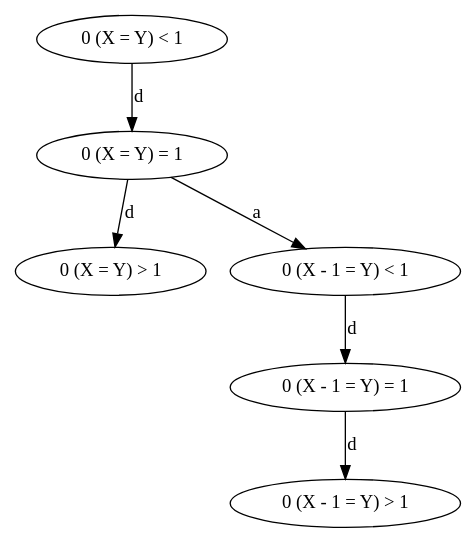
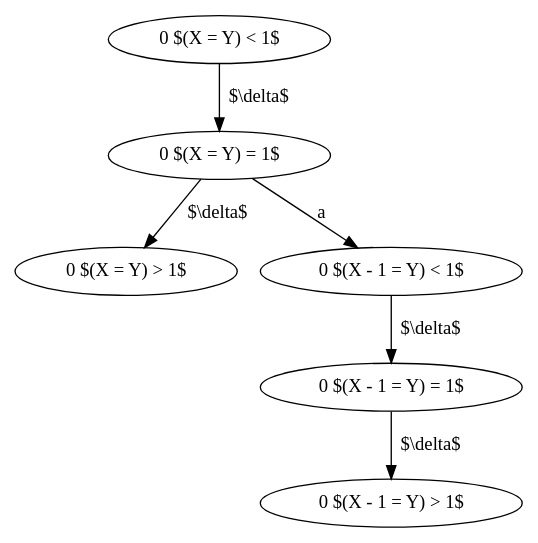
The diagram in thesis/breaking2-zones02.dot (sguha100/bachelor-thesis), drawn with Graphviz before and after one commit. The commit also changed 6 other files, not shown here.

Commit message:
Fixed some issues with SVG graphics.

```diff
--- a/thesis/breaking2-zones02.dot
+++ b/thesis/breaking2-zones02.dot
@@ -1,13 +1,13 @@
 digraph {
-"0 (X = Y) < 1";
-"0 (X = Y) = 1";
-"0 (X = Y) > 1";
-"0 (X - 1 = Y) < 1";
-"0 (X - 1 = Y) = 1";
-"0 (X - 1 = Y) > 1";
-"0 (X = Y) < 1" -> "0 (X = Y) = 1" [label = "d"]
-"0 (X = Y) = 1" -> "0 (X = Y) > 1" [label = "d"]
-"0 (X = Y) = 1" -> "0 (X - 1 = Y) < 1" [label = "a"]
-"0 (X - 1 = Y) < 1" -> "0 (X - 1 = Y) = 1" [label = "d"]
-"0 (X - 1 = Y) = 1" -> "0 (X - 1 = Y) > 1" [label = "d"]
+"0 $(X = Y) < 1$";
+"0 $(X = Y) = 1$";
+"0 $(X = Y) > 1$";
+"0 $(X - 1 = Y) < 1$";
+"0 $(X - 1 = Y) = 1$";
+"0 $(X - 1 = Y) > 1$";
+"0 $(X = Y) < 1$" -> "0 $(X = Y) = 1$" [label = "$\\delta$"]
+"0 $(X = Y) = 1$" -> "0 $(X = Y) > 1$" [label = "$\\delta$"]
+"0 $(X = Y) = 1$" -> "0 $(X - 1 = Y) < 1$" [label = "a"]
+"0 $(X - 1 = Y) < 1$" -> "0 $(X - 1 = Y) = 1$" [label = "$\\delta$"]
+"0 $(X - 1 = Y) = 1$" -> "0 $(X - 1 = Y) > 1$" [label = "$\\delta$"]
 }
```
